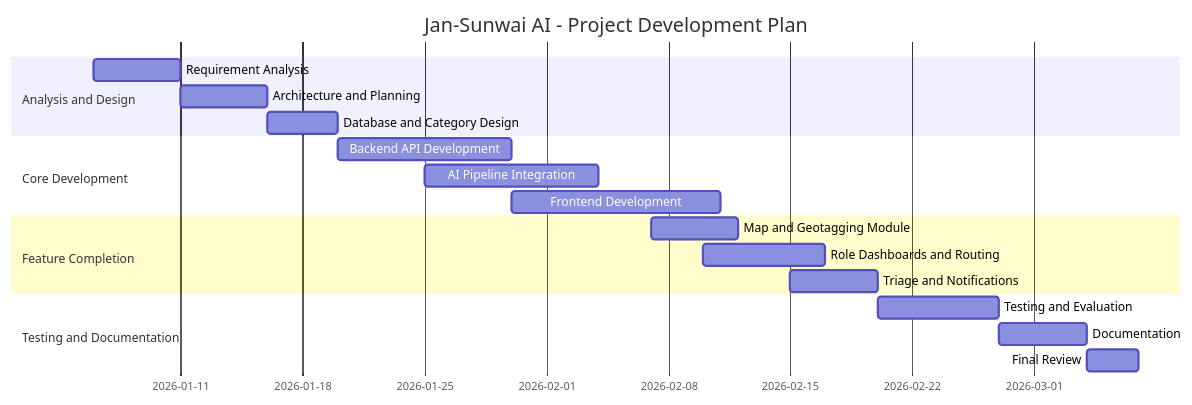
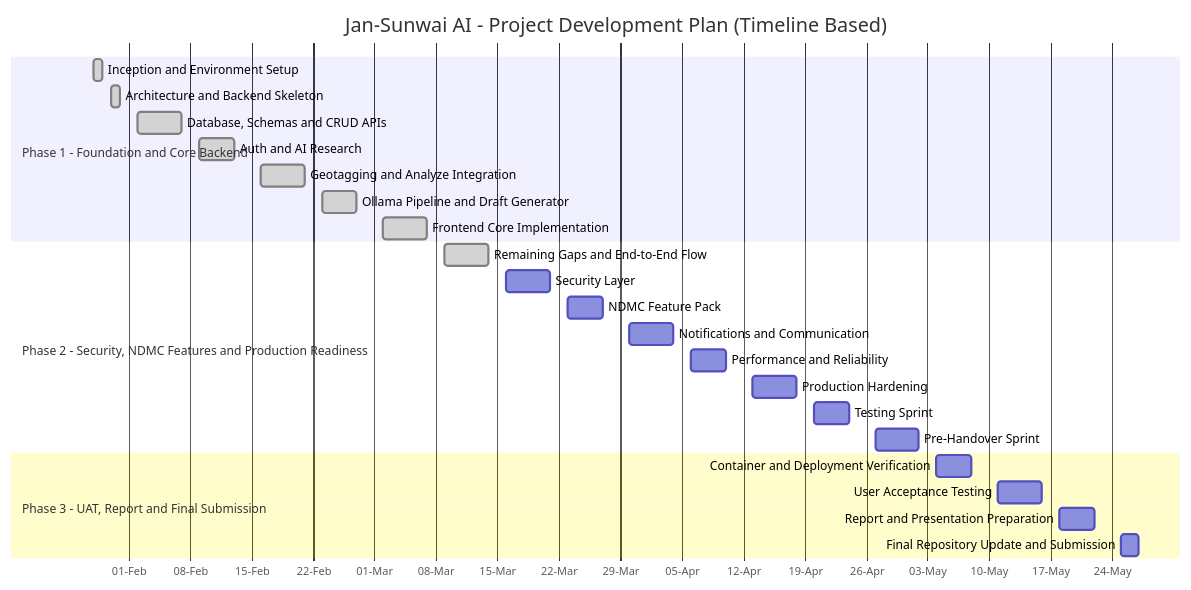
Before and after one commit to ark5234/Jan-Sunwai-AI: the diagram in docs/PROJECT_SYNOPSIS.md, drawn with Mermaid. The commit also changed other lines of this file, not shown here.

Commit message:
synopsis update

````diff
--- a/docs/PROJECT_SYNOPSIS.md
+++ b/docs/PROJECT_SYNOPSIS.md
@@ -108,25 +108,31 @@
 ```mermaid
 gantt
-    title Jan-Sunwai AI - Project Development Plan
+   title Jan-Sunwai AI - Project Development Plan (Timeline Based)
     dateFormat  YYYY-MM-DD
+   axisFormat  %d-%b
 
-    section Analysis and Design
-    Requirement Analysis        :a1, 2026-01-06, 5d
-    Architecture and Planning   :a2, 2026-01-11, 5d
-    Database and Category Design:a3, 2026-01-16, 4d
+   section Phase 1 - Foundation and Core Backend
+   Inception and Environment Setup     :done, p1a, 2026-01-28, 2026-01-29
+   Architecture and Backend Skeleton   :done, p1b, 2026-01-30, 2026-01-31
+   Database, Schemas and CRUD APIs     :done, p1c, 2026-02-02, 2026-02-07
+   Auth and AI Research                :done, p1d, 2026-02-09, 2026-02-13
+   Geotagging and Analyze Integration  :done, p1e, 2026-02-16, 2026-02-21
+   Ollama Pipeline and Draft Generator :done, p1f, 2026-02-23, 2026-02-27
+   Frontend Core Implementation        :done, p1g, 2026-03-02, 2026-03-07
 
-    section Core Development
-    Backend API Development     :b1, 2026-01-20, 10d
-    AI Pipeline Integration     :b2, 2026-01-25, 10d
-    Frontend Development        :b3, 2026-01-30, 12d
+   section Phase 2 - Security, NDMC Features and Production Readiness
+   Remaining Gaps and End-to-End Flow  :done, p2a, 2026-03-09, 2026-03-14
+   Security Layer                      :p2b, 2026-03-16, 2026-03-21
+   NDMC Feature Pack                   :p2c, 2026-03-23, 2026-03-27
+   Notifications and Communication     :p2d, 2026-03-30, 2026-04-04
+   Performance and Reliability         :p2e, 2026-04-06, 2026-04-10
+   Production Hardening                :p2f, 2026-04-13, 2026-04-18
+   Testing Sprint                      :p2g, 2026-04-20, 2026-04-24
+   Pre-Handover Sprint                 :p2h, 2026-04-27, 2026-05-02
 
-    section Feature Completion
-    Map and Geotagging Module   :c1, 2026-02-07, 5d
-    Role Dashboards and Routing :c2, 2026-02-10, 7d
-    Triage and Notifications    :c3, 2026-02-15, 5d
-
-    section Testing and Documentation
-    Testing and Evaluation      :d1, 2026-02-20, 7d
-    Documentation               :d2, 2026-02-27, 5d
-    Final Review                :d3, 2026-03-04, 3d
+   section Phase 3 - UAT, Report and Final Submission
+   Container and Deployment Verification :p3a, 2026-05-04, 2026-05-08
+   User Acceptance Testing               :p3b, 2026-05-11, 2026-05-16
+   Report and Presentation Preparation   :p3c, 2026-05-18, 2026-05-22
+   Final Repository Update and Submission :p3d, 2026-05-25, 2026-05-27
 ```
````
